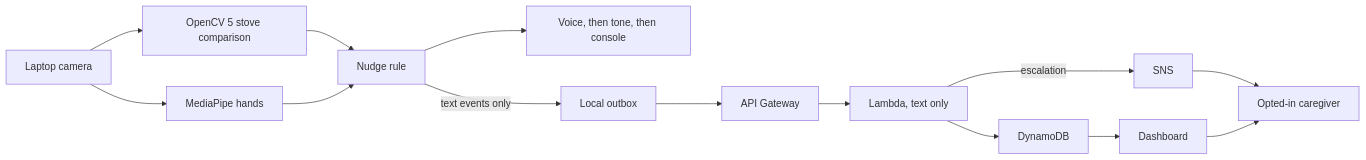
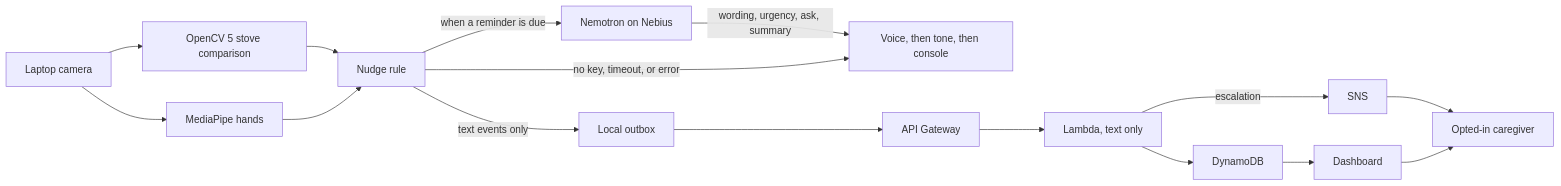
The diagram in README.md (Valentinetemi/nudge), drawn with Mermaid before and after one commit. The commit also changed other lines of this file and 2 other files, not shown here.

First line of the commit message:
Document the Nebius setup and what changed since August.

````diff
--- a/README.md
+++ b/README.md
@@ -25,29 +25,32 @@
 ```mermaid
 flowchart LR
   cam[Laptop camera]
   cv[OpenCV 5 stove comparison]
   mp[MediaPipe hands]
   rule[Nudge rule]
+  nemo[Nemotron on Nebius]
   voice[Voice, then tone, then console]
   outbox[Local outbox]
   api[API Gateway]
   fn[Lambda, text only]
   db[DynamoDB]
   sns[SNS]
   page[Dashboard]
   person[Opted-in caregiver]
 
   cam --> cv
   cam --> mp
   cv --> rule
   mp --> rule
-  rule --> voice
+  rule -->|when a reminder is due| nemo
+  nemo -->|wording, urgency, ask, summary| voice
+  rule -->|no key, timeout, or error| voice
   rule -->|text events only| outbox
   outbox --> api
   api --> fn
   fn --> db
   fn -->|escalation| sns
   db --> page
   sns --> person
   page --> person
 ```
````
